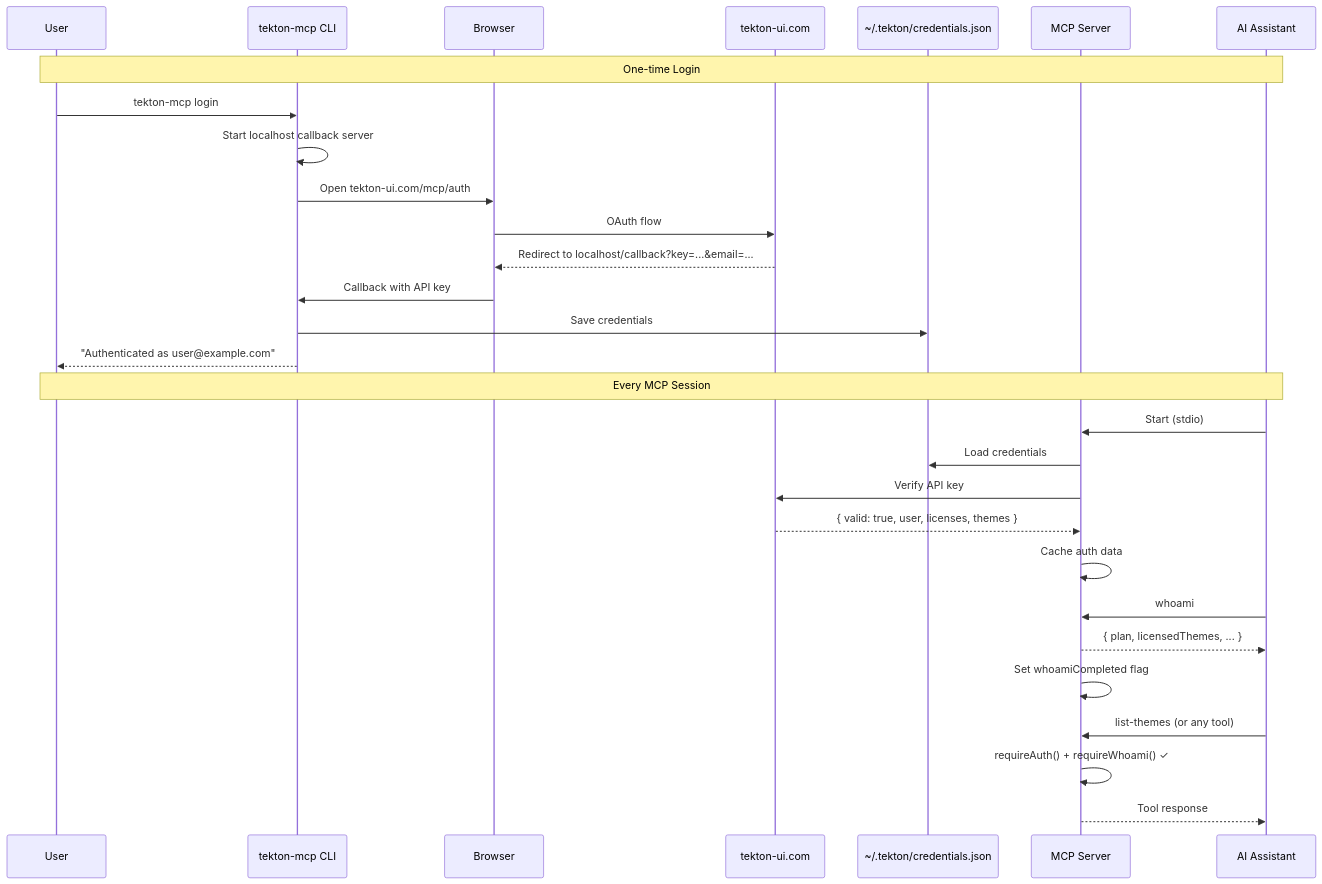
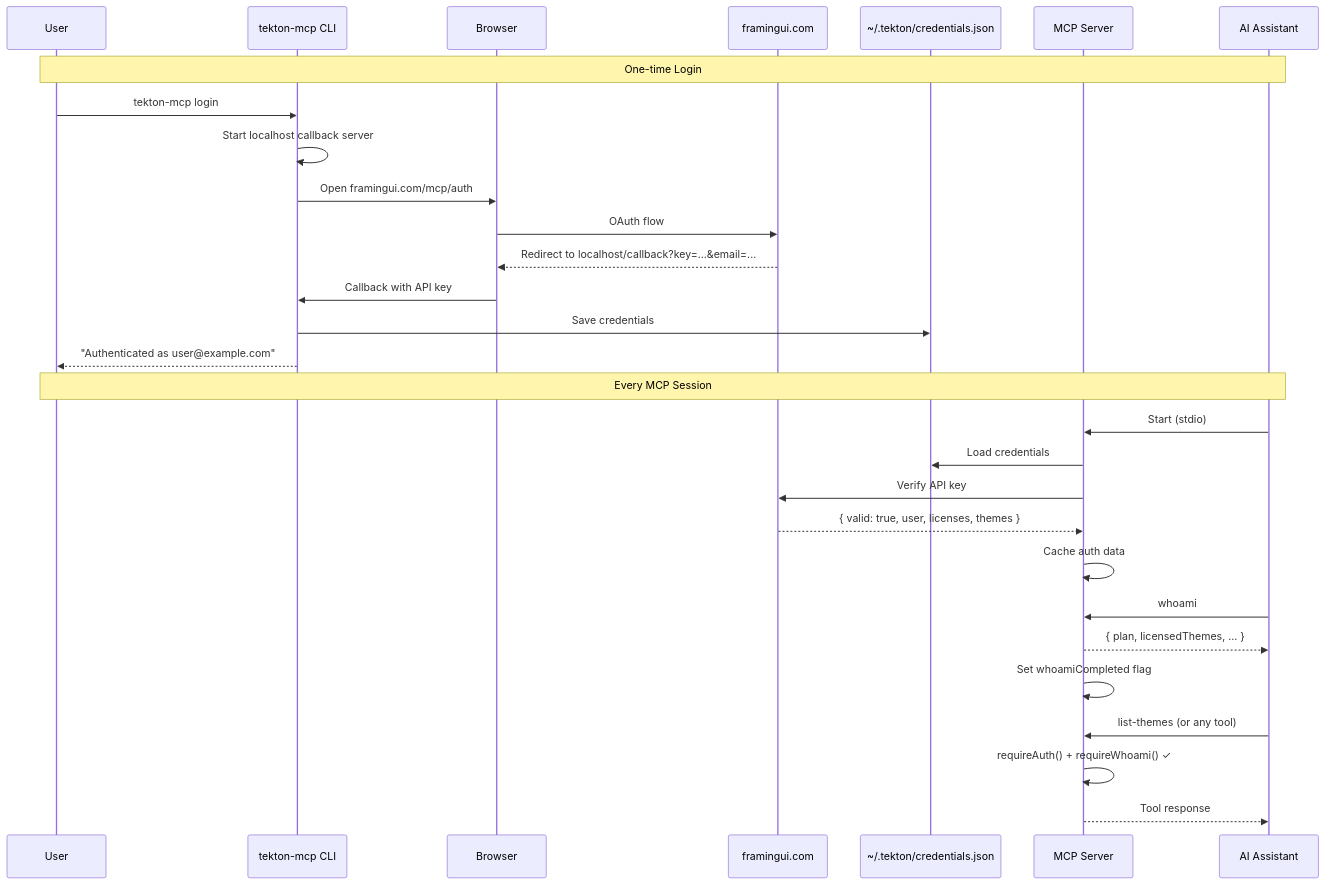
Before and after one commit to soo-kate-yeon/framingui: the second of 4 diagrams in packages/mcp-server/docs/04-architecture.md, drawn with Mermaid. The commit also changed other lines of this file and 565 other files, not shown here.

````diff
--- a/packages/mcp-server/docs/04-architecture.md
+++ b/packages/mcp-server/docs/04-architecture.md
@@ -100,35 +100,35 @@
 ```mermaid
 sequenceDiagram
     participant User
     participant CLI as tekton-mcp CLI
     participant Browser
-    participant API as tekton-ui.com
+    participant API as framingui.com
     participant Creds as ~/.tekton/credentials.json
     participant MCP as MCP Server
     participant AI as AI Assistant
 
     Note over User,AI: One-time Login
     User->>CLI: tekton-mcp login
     CLI->>CLI: Start localhost callback server
-    CLI->>Browser: Open tekton-ui.com/mcp/auth
+    CLI->>Browser: Open framingui.com/mcp/auth
     Browser->>API: OAuth flow
     API-->>Browser: Redirect to localhost/callback?key=...&email=...
     Browser->>CLI: Callback with API key
     CLI->>Creds: Save credentials
     CLI-->>User: "Authenticated as user@example.com"
 
     Note over User,AI: Every MCP Session
     AI->>MCP: Start (stdio)
     MCP->>Creds: Load credentials
     MCP->>API: Verify API key
     API-->>MCP: { valid: true, user, licenses, themes }
     MCP->>MCP: Cache auth data
 
     AI->>MCP: whoami
     MCP-->>AI: { plan, licensedThemes, ... }
     MCP->>MCP: Set whoamiCompleted flag
 
     AI->>MCP: list-themes (or any tool)
     MCP->>MCP: requireAuth() + requireWhoami() ✓
     MCP-->>AI: Tool response
 ```
````
